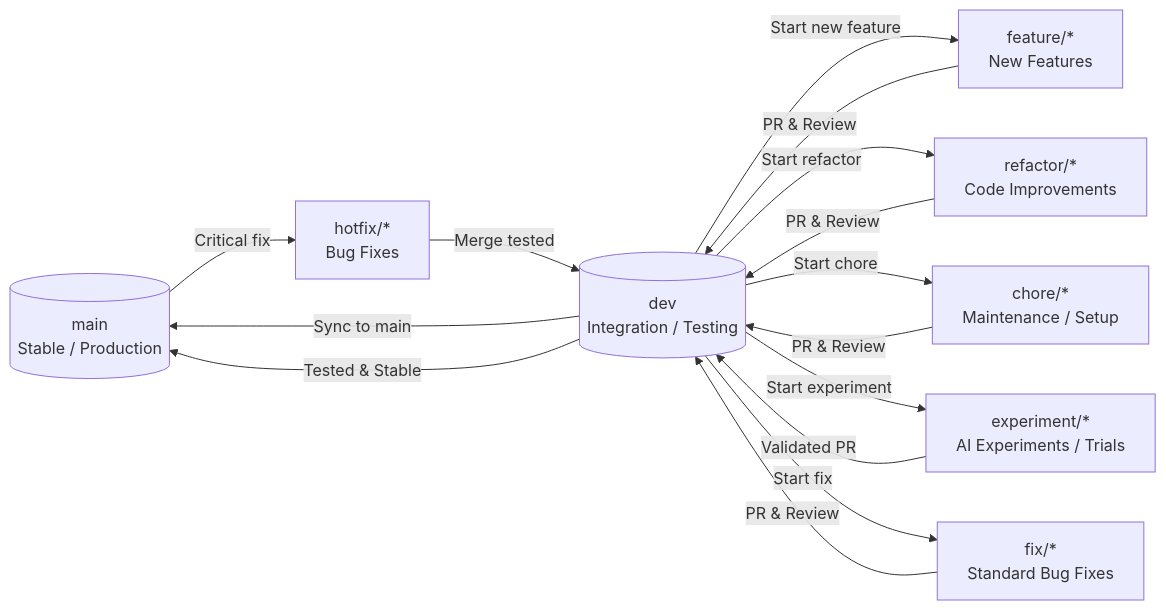
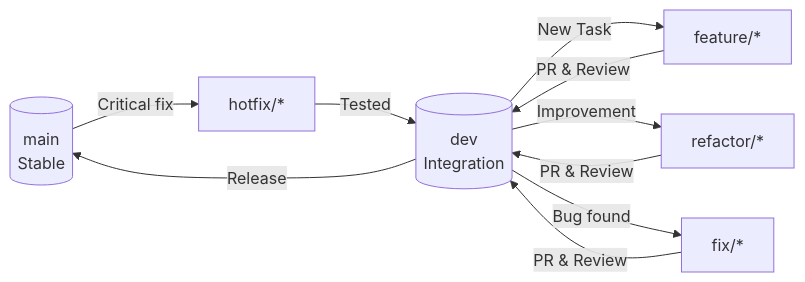
Before and after one commit to oubes/ExamAI: the diagram in CONTRIBUTING.md, drawn with Mermaid. The commit also changed other lines of this file, not shown here.

````diff
--- a/CONTRIBUTING.md
+++ b/CONTRIBUTING.md
@@ -37,43 +33,27 @@
 ```mermaid
 graph LR
     %% Core branches
-    Main[(main<br>Stable / Production)]
-    Dev[(dev<br>Integration / Testing)]
+    Main[(main<br>Stable)]
+    Dev[(dev<br>Integration)]
 
     %% Work branches
-    Feature[feature/*<br>New Features]
-    Hotfix[hotfix/*<br>Bug Fixes]
-    Refactor[refactor/*<br>Code Improvements]
-    Chore[chore/*<br>Maintenance / Setup]
-    Experiment[experiment/*<br>AI Experiments / Trials]
-    Fix[fix/*<br>Standard Bug Fixes]
+    Feature[feature/*]
+    Hotfix[hotfix/*]
+    Refactor[refactor/*]
+    Fix[fix/*]
 
-    %% Hotfix flow
+    %% Flow logic
     Main -->|Critical fix| Hotfix
-    Hotfix -->|Merge tested| Dev
-    Dev -->|Sync to main| Main
+    Hotfix -->|Tested| Dev
+    Dev -->|Release| Main
 
-    %% Feature flow
-    Dev -->|Start new feature| Feature
+    Dev -->|New Task| Feature
     Feature -->|PR & Review| Dev
 
-    %% Refactor flow
-    Dev -->|Start refactor| Refactor
+    Dev -->|Improvement| Refactor
     Refactor -->|PR & Review| Dev
 
-    %% Chore flow
-    Dev -->|Start chore| Chore
-    Chore -->|PR & Review| Dev
-
-    %% Experiment flow
-    Dev -->|Start experiment| Experiment
-    Experiment -->|Validated PR| Dev
-
-    %% Fix flow
-    Dev -->|Start fix| Fix
+    Dev -->|Bug found| Fix
     Fix -->|PR & Review| Dev
 
-    %% Regular release flow
-    Dev -->|Tested & Stable| Main
-
 ```
````
